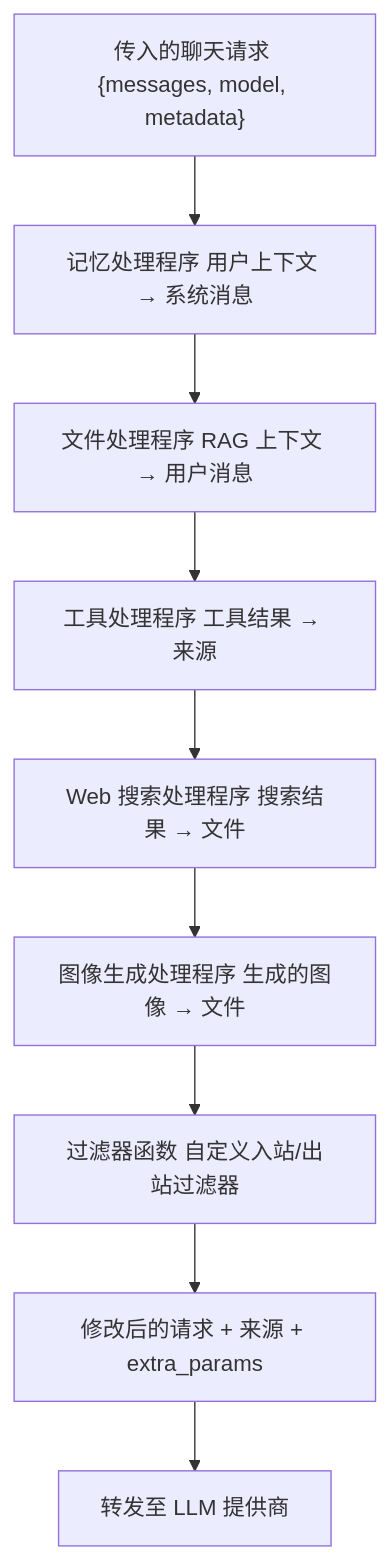
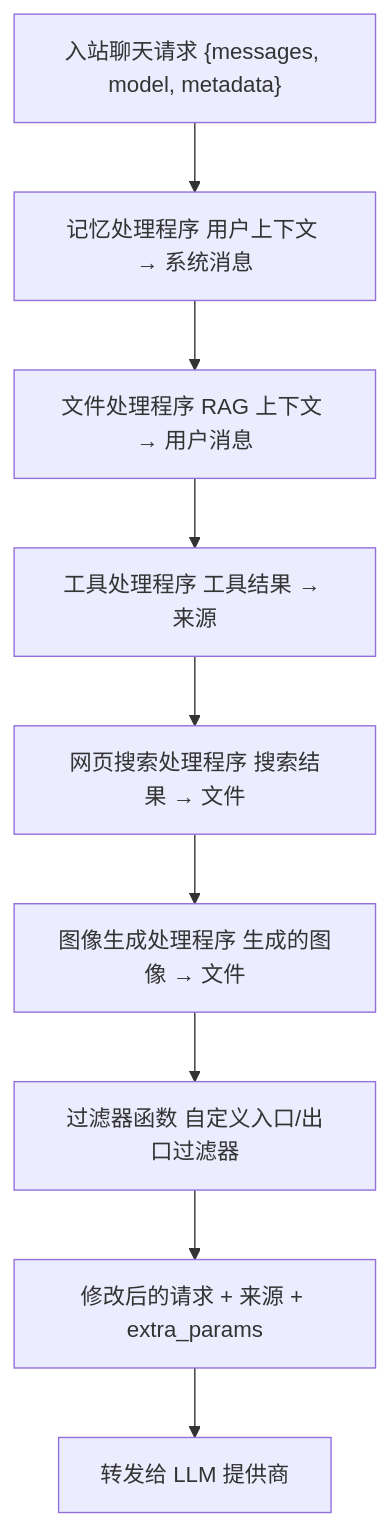
Before and after one commit to Chesszyh/Wiki: the ninth of 10 diagrams in tests/open-webui_deepwiki/zh/6-backend-processing-pipeline.md, drawn with Mermaid. The commit also changed other lines of this file and 234 other files, not shown here.

````diff
--- a/tests/open-webui_deepwiki/zh/6-backend-processing-pipeline.md
+++ b/tests/open-webui_deepwiki/zh/6-backend-processing-pipeline.md
@@ -573,21 +573,21 @@
 ```mermaid
 flowchart TD
-    Request["传入的聊天请求 {messages, model, metadata}"]
+    Request["入站聊天请求 {messages, model, metadata}"]
     Memory["记忆处理程序 用户上下文 → 系统消息"]
     Files["文件处理程序 RAG 上下文 → 用户消息"]
     Tools["工具处理程序 工具结果 → 来源"]
-    WebSearch["Web 搜索处理程序 搜索结果 → 文件"]
+    WebSearch["网页搜索处理程序 搜索结果 → 文件"]
     ImageGen["图像生成处理程序 生成的图像 → 文件"]
-    Filters["过滤器函数 自定义入站/出站过滤器"]
+    Filters["过滤器函数 自定义入口/出口过滤器"]
     Response["修改后的请求 + 来源 + extra_params"]
-    LLM["转发至 LLM 提供商"]
+    LLM["转发给 LLM 提供商"]
 
     Request --> Memory
     Memory --> Files
     Files --> Tools
     Tools --> WebSearch
     WebSearch --> ImageGen
     ImageGen --> Filters
     Filters --> Response
     Response --> LLM
 ```
````
